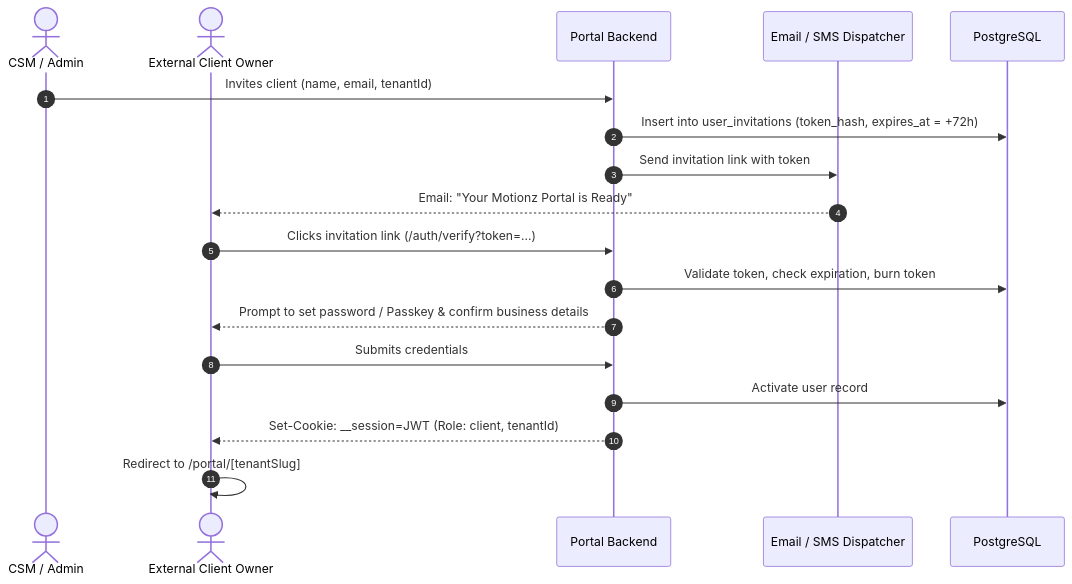
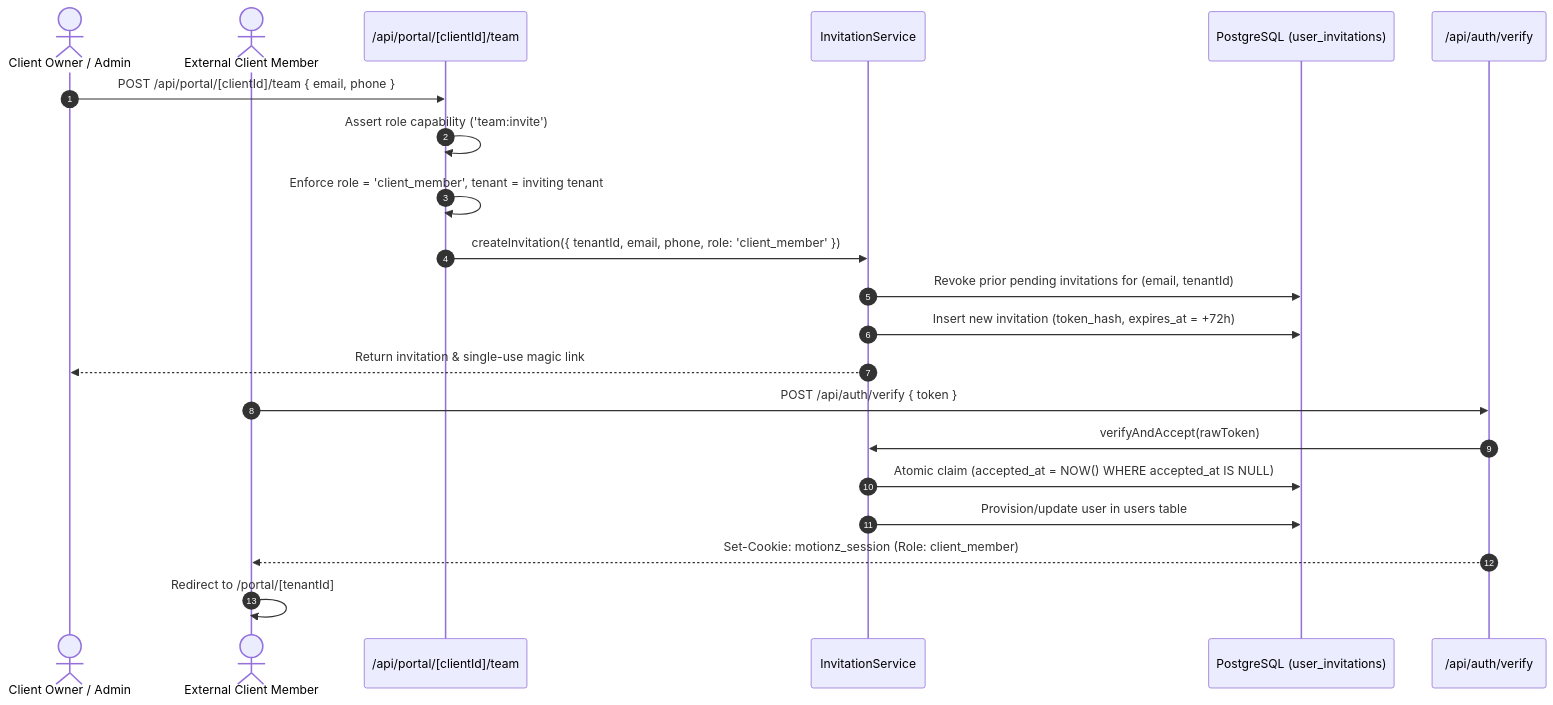
One commit to glomaint2025-ctrl/motionz-onboarding-portal changed the second of 2 diagrams in docs/03-auth-and-access/authentication.md. Above: the diagram before and after it, drawn with Mermaid. The commit also changed other lines of this file and 122 other files, not shown here.

First line of the commit message:
feat: secure auth, email delivery, CSM scoping and per-client tracking sheets

````diff
--- a/docs/03-auth-and-access/authentication.md
+++ b/docs/03-auth-and-access/authentication.md
@@ -33,21 +37,24 @@
 ```mermaid
 sequenceDiagram
     autonumber
-    actor CSM as CSM / Admin
-    actor Client as External Client Owner
-    participant App as Portal Backend
-    participant Mail as Email / SMS Dispatcher
-    participant DB as PostgreSQL
-
-    CSM->>App: Invites client (name, email, tenantId)
-    App->>DB: Insert into user_invitations (token_hash, expires_at = +72h)
-    App->>Mail: Send invitation link with token
-    Mail-->>Client: Email: "Your Motionz Portal is Ready"
-    Client->>App: Clicks invitation link (/auth/verify?token=...)
-    App->>DB: Validate token, check expiration, burn token
-    App-->>Client: Prompt to set password / Passkey & confirm business details
-    Client->>App: Submits credentials
-    App->>DB: Activate user record
-    App-->>Client: Set-Cookie: __session=JWT (Role: client, tenantId)
-    Client->>Client: Redirect to /portal/[tenantSlug]
+    actor Inviter as Client Owner / Admin
+    actor Invitee as External Client Member
+    participant API as /api/portal/[clientId]/team
+    participant InvService as InvitationService
+    participant DB as PostgreSQL (user_invitations)
+    participant VerifyAPI as /api/auth/verify
+    
+    Inviter->>API: POST /api/portal/[clientId]/team { email, phone }
+    API->>API: Assert role capability ('team:invite')
+    API->>API: Enforce role = 'client_member', tenant = inviting tenant
+    API->>InvService: createInvitation({ tenantId, email, phone, role: 'client_member' })
+    InvService->>DB: Revoke prior pending invitations for (email, tenantId)
+    InvService->>DB: Insert new invitation (token_hash, expires_at = +72h)
+    InvService-->>Inviter: Return invitation & single-use magic link
+    Invitee->>VerifyAPI: POST /api/auth/verify { token }
+    VerifyAPI->>InvService: verifyAndAccept(rawToken)
+    InvService->>DB: Atomic claim (accepted_at = NOW() WHERE accepted_at IS NULL)
+    InvService->>DB: Provision/update user in users table
+    VerifyAPI-->>Invitee: Set-Cookie: motionz_session (Role: client_member)
+    Invitee->>Invitee: Redirect to /portal/[tenantId]
 ```
````
